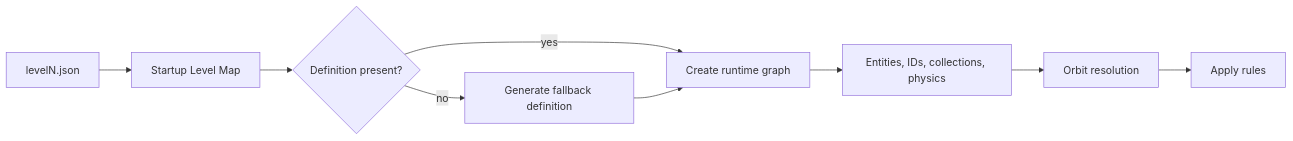
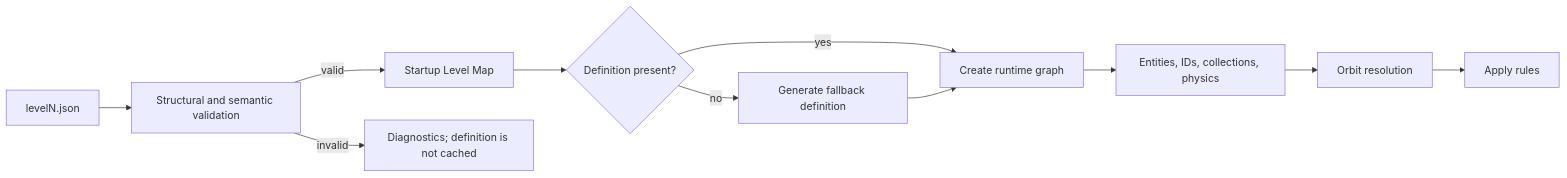
The diagram in levels/README.md (Newah1/SpacedPenguin), drawn with Mermaid before and after one commit. The commit also changed other lines of this file and 19 other files, not shown here.

````diff
--- a/levels/README.md
+++ b/levels/README.md
@@ -335,11 +335,13 @@
 ```mermaid
 flowchart LR
-  JSON[levelN.json] --> Cache[Startup Level Map]
+  JSON[levelN.json] --> Validate[Structural and semantic validation]
+  Validate -->|valid| Cache[Startup Level Map]
+  Validate -->|invalid| Errors[Diagnostics; definition is not cached]
   Cache --> Present{Definition present?}
   Present -->|yes| Factory[Create runtime graph]
   Present -->|no| Random[Generate fallback definition]
   Random --> Factory
   Factory --> Pass1[Entities, IDs, collections, physics]
   Pass1 --> Pass2[Orbit resolution]
   Pass2 --> Rules[Apply rules]
 ```
````
